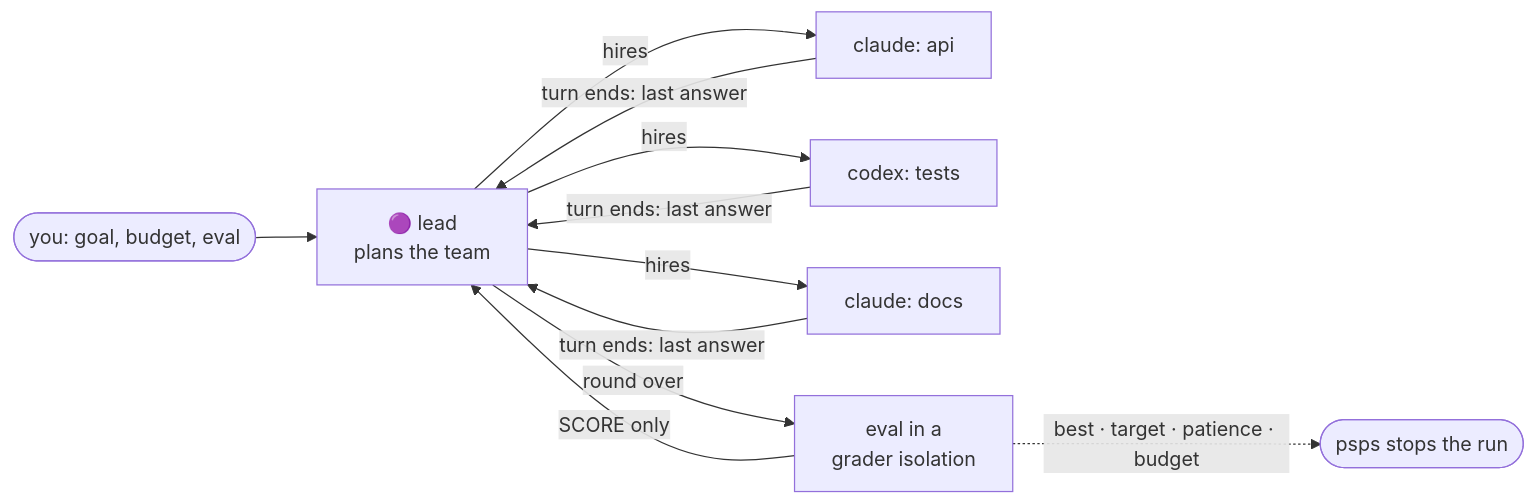
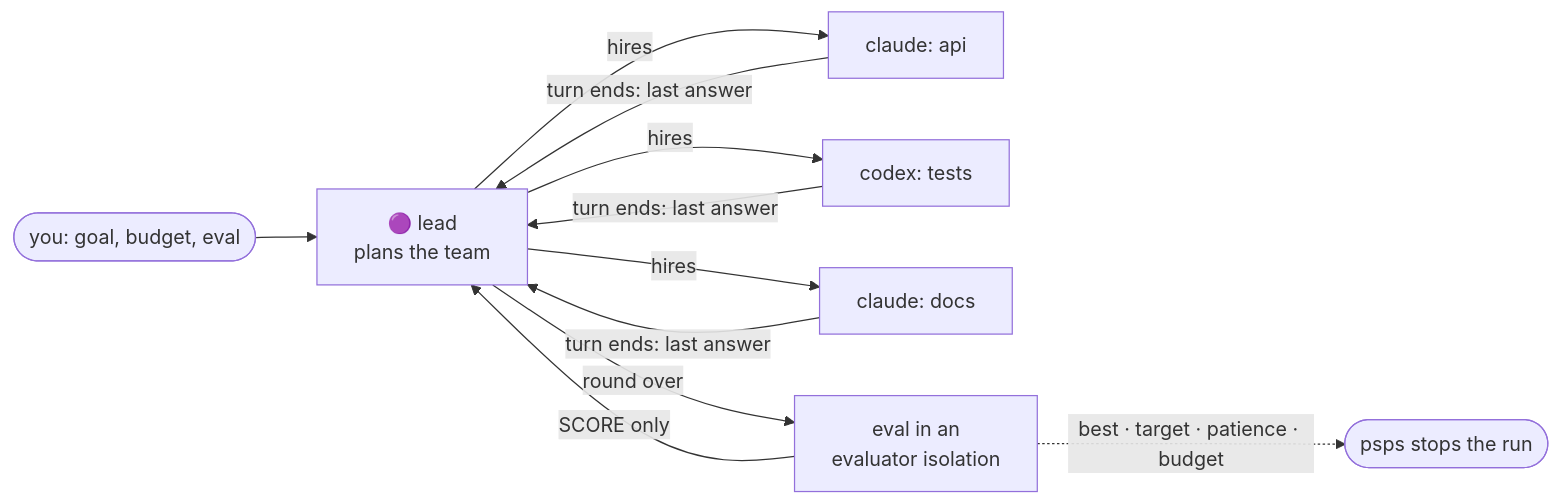
Before and after one commit to hongzio/psps: the diagram in README.md, drawn with Mermaid. The commit also changed other lines of this file and 12 other files, not shown here.

First line of the commit message:
docs: what scores a team's eval is called the evaluator, not grader

````diff
--- a/README.md
+++ b/README.md
@@ -124,11 +124,11 @@
 ```mermaid
 flowchart LR
   YOU(["you: goal, budget, eval"]) --> LEAD
   LEAD["🟣 lead<br/>plans the team"] -->|"hires"| A1["claude: api"]
   LEAD -->|"hires"| A2["codex: tests"]
   LEAD -->|"hires"| A3["claude: docs"]
   A1 & A2 & A3 -->|"turn ends: last answer"| LEAD
-  LEAD -->|"round over"| EVAL["eval in a<br/>grader isolation"]
+  LEAD -->|"round over"| EVAL["eval in an<br/>evaluator isolation"]
   EVAL -->|"SCORE only"| LEAD
   EVAL -.->|"best · target · patience · budget"| STOP(["psps stops the run"])
 ```
````
